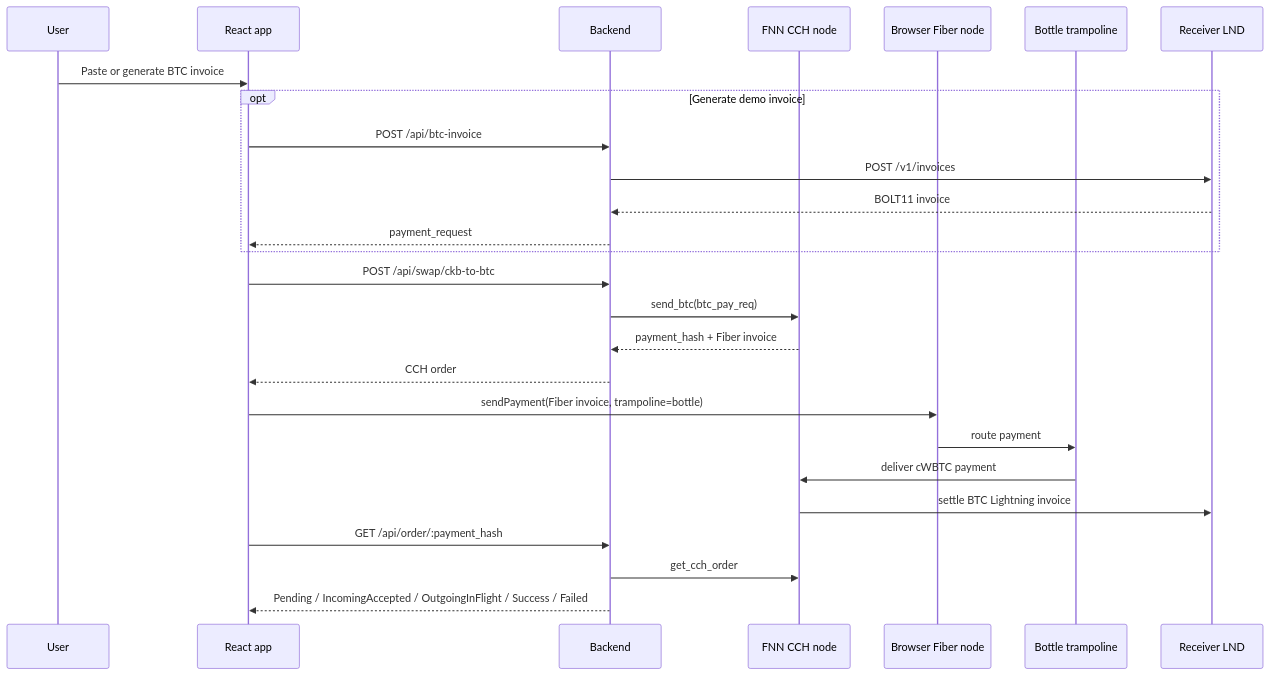
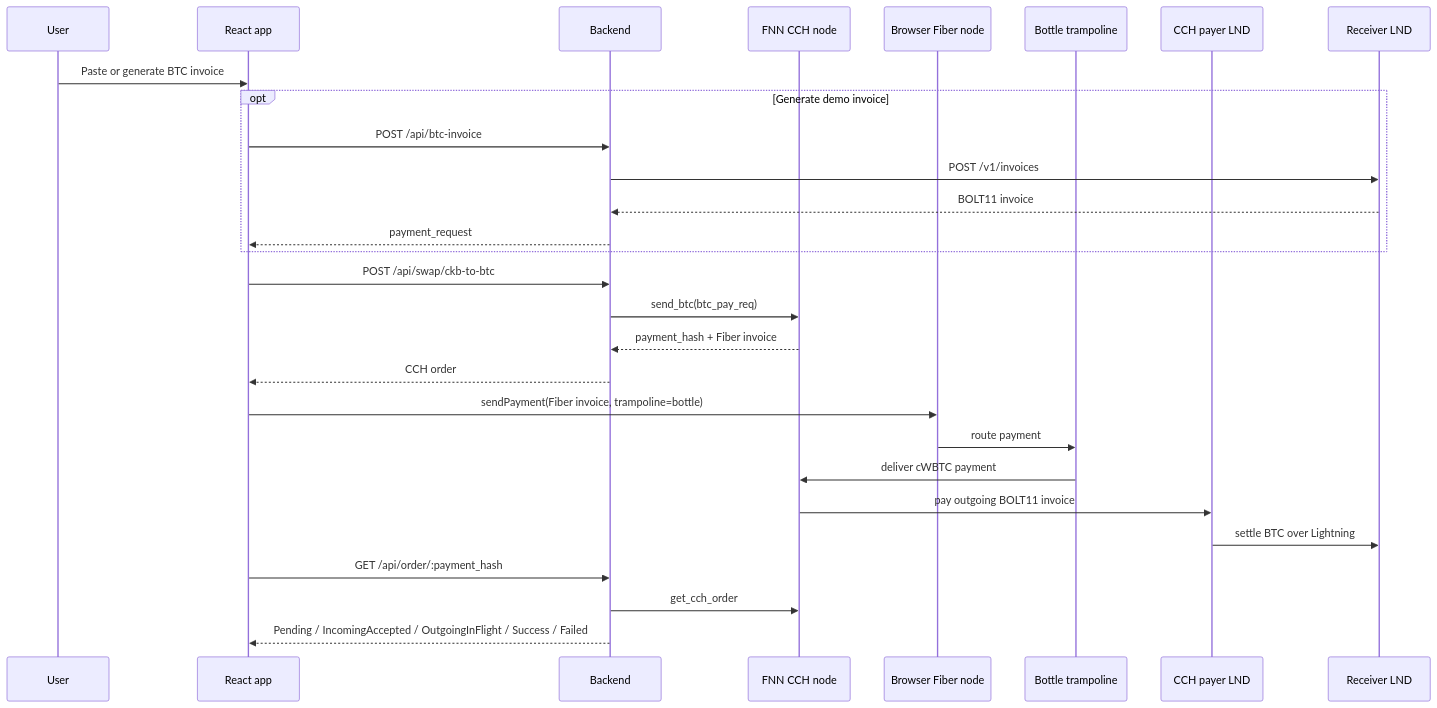
One commit to humble-little-bear/fiber-swap-demo changed the second of 3 diagrams in README.md. Above: the diagram before and after it, drawn with Mermaid. The commit also changed other lines of this file, not shown here.

Commit message:
docs: clarify LND roles and asset flow

````diff
--- a/README.md
+++ b/README.md
@@ -37,32 +46,34 @@
 ```mermaid
 sequenceDiagram
   participant U as User
   participant Web as React app
   participant API as Backend
   participant FNN as FNN CCH node
   participant Browser as Browser Fiber node
   participant Bottle as Bottle trampoline
-  participant LND as Receiver LND
+  participant PayerLND as CCH payer LND
+  participant ReceiverLND as Receiver LND
 
   U->>Web: Paste or generate BTC invoice
   opt Generate demo invoice
     Web->>API: POST /api/btc-invoice
-    API->>LND: POST /v1/invoices
-    LND-->>API: BOLT11 invoice
+    API->>ReceiverLND: POST /v1/invoices
+    ReceiverLND-->>API: BOLT11 invoice
     API-->>Web: payment_request
   end
 
   Web->>API: POST /api/swap/ckb-to-btc
   API->>FNN: send_btc(btc_pay_req)
   FNN-->>API: payment_hash + Fiber invoice
   API-->>Web: CCH order
 
   Web->>Browser: sendPayment(Fiber invoice, trampoline=bottle)
   Browser->>Bottle: route payment
   Bottle->>FNN: deliver cWBTC payment
-  FNN->>LND: settle BTC Lightning invoice
+  FNN->>PayerLND: pay outgoing BOLT11 invoice
+  PayerLND->>ReceiverLND: settle BTC over Lightning
 
   Web->>API: GET /api/order/:payment_hash
   API->>FNN: get_cch_order
   API-->>Web: Pending / IncomingAccepted / OutgoingInFlight / Success / Failed
 ```
````
